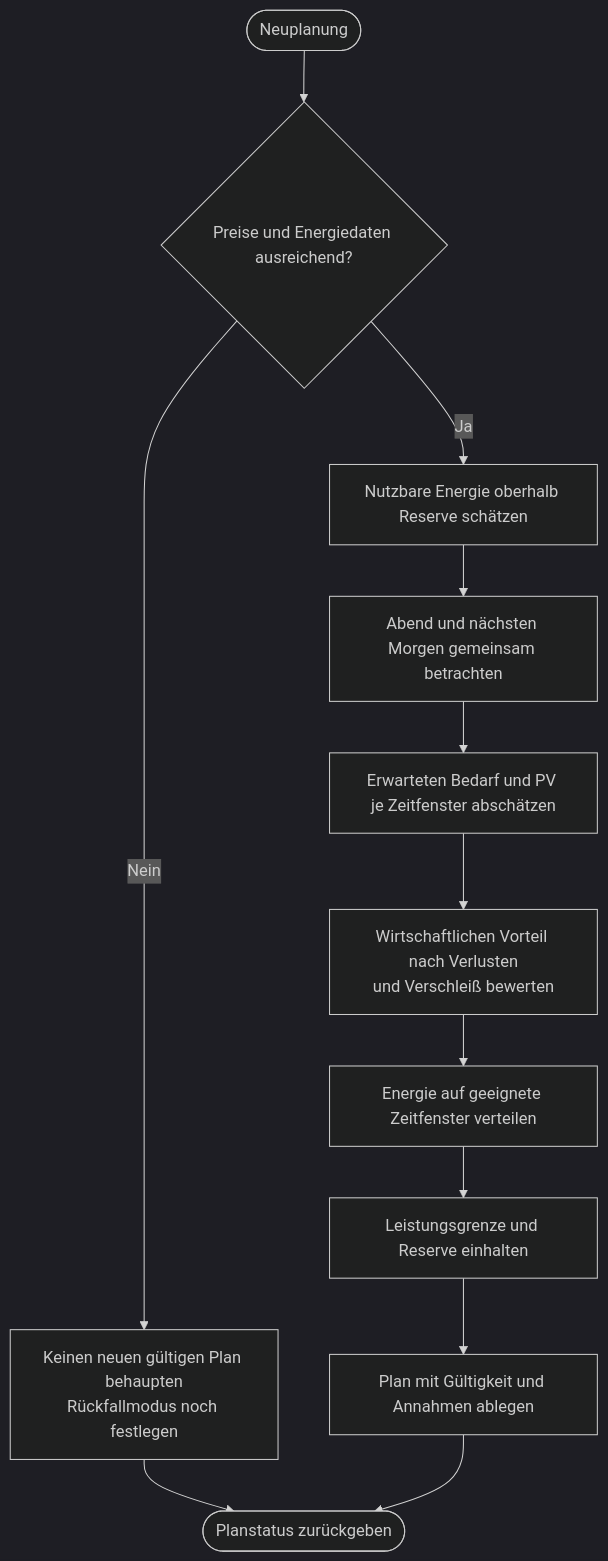
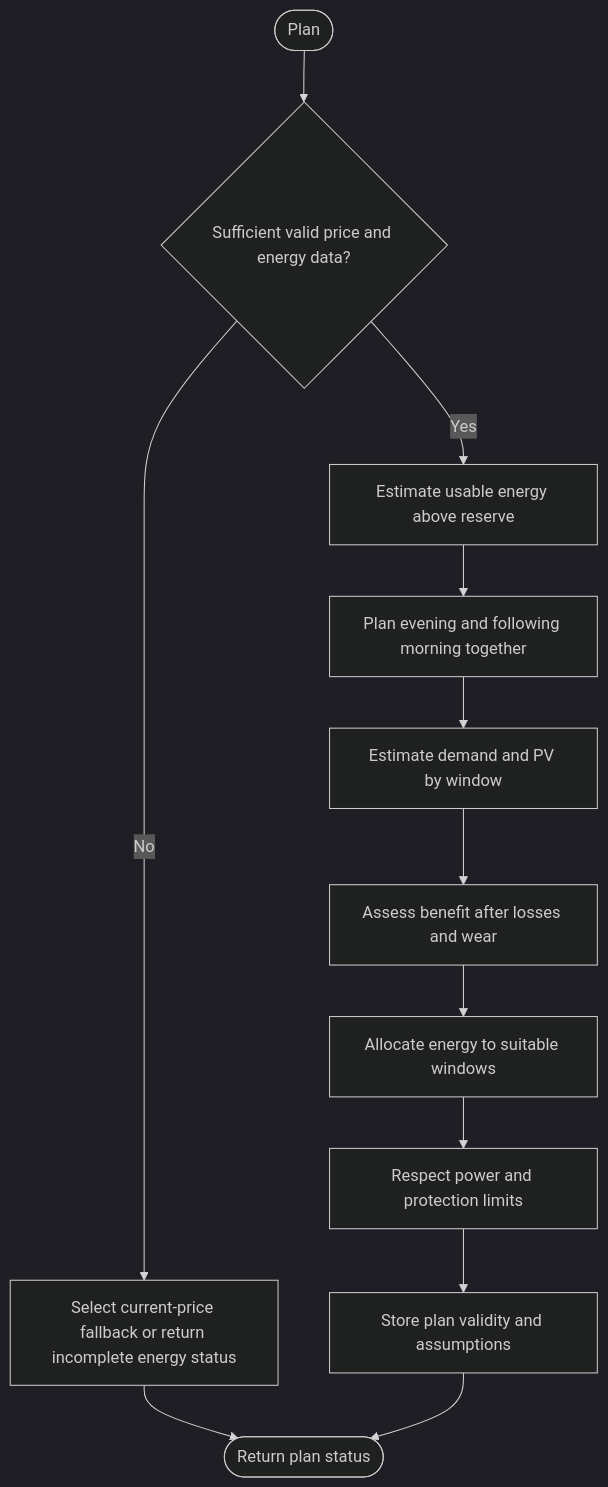
One commit to vitalyruhl/SolarBatteryTelemetry changed the diagram in docs/regelungsplannung/05-energieplanung.md. Above: the diagram before and after it, drawn with Mermaid (dark theme). The commit also changed other lines of this file and 13 other files, not shown here.

````diff
--- a/docs/regelungsplannung/05-energieplanung.md
+++ b/docs/regelungsplannung/05-energieplanung.md
@@ -16,14 +18,14 @@
 ```mermaid
 flowchart TD
-    A([Neuplanung]) --> B{Preise und Energiedaten ausreichend?}
-    B -- Nein --> C[Keinen neuen gültigen Plan behaupten<br/>Rückfallmodus noch festlegen]
-    B -- Ja --> D[Nutzbare Energie oberhalb Reserve schätzen]
-    D --> E[Abend und nächsten Morgen gemeinsam betrachten]
-    E --> F[Erwarteten Bedarf und PV je Zeitfenster abschätzen]
-    F --> G[Wirtschaftlichen Vorteil nach Verlusten<br/>und Verschleiß bewerten]
-    G --> H[Energie auf geeignete Zeitfenster verteilen]
-    H --> I[Leistungsgrenze und Reserve einhalten]
-    I --> J[Plan mit Gültigkeit und Annahmen ablegen]
-    C --> K([Planstatus zurückgeben])
-    J --> K
+ A([Plan]) --> B{Sufficient valid price and energy data?}
+ B -- No --> C[Select current-price fallback or return incomplete energy status]
+ B -- Yes --> D[Estimate usable energy above reserve]
+ C --> K
+ D --> E[Plan evening and following morning together]
+ E --> F[Estimate demand and PV by window]
+ F --> G[Assess benefit after losses and wear]
+ G --> H[Allocate energy to suitable windows]
+ H --> I[Respect power and protection limits]
+ I --> J[Store plan validity and assumptions]
+ J --> K([Return plan status])
 ```
````
